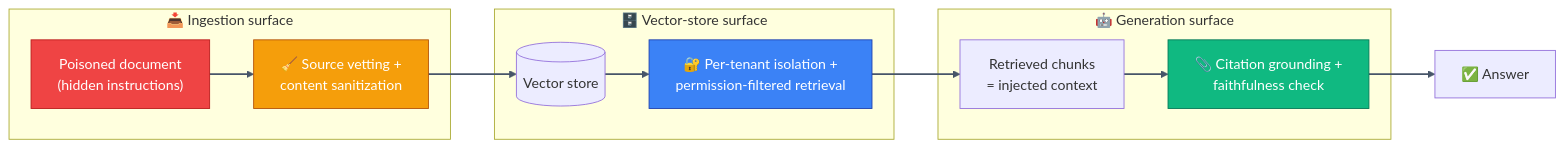
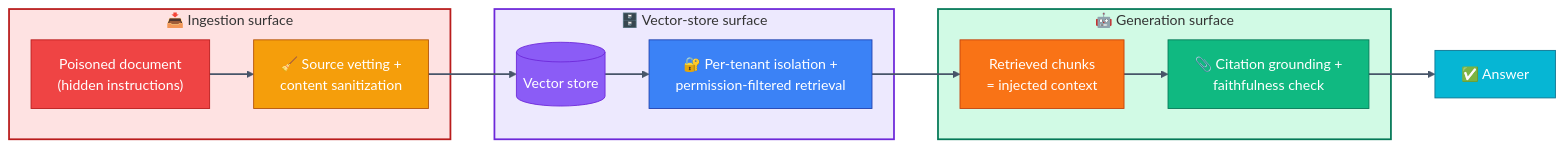
One commit to mrsachindixit/agentixit changed diagram 21 of 25 in README.md. Above: the diagram before and after it, drawn with Mermaid. The commit also changed other lines of this file and 27 other files, not shown here.

Commit message:
updated diagrams

````diff
--- a/README.md
+++ b/README.md
@@ -1518,21 +1244,27 @@
 ```mermaid
 graph LR
     subgraph ING["📥 Ingestion surface"]
         DOC["Poisoned document\n(hidden instructions)"] --> SAN["🧹 Source vetting +\ncontent sanitization"]
     end
     subgraph VS["🗄️ Vector-store surface"]
         SAN --> DB[("Vector store")]
         DB --> ACL["🔐 Per-tenant isolation +\npermission-filtered retrieval"]
     end
     subgraph GEN["🤖 Generation surface"]
         ACL --> CTX["Retrieved chunks\n= injected context"]
         CTX --> CITE["📎 Citation grounding +\nfaithfulness check"]
     end
     CITE --> ANS["✅ Answer"]
 
+    style DB fill:#8B5CF6,stroke:#6D28D9,color:#fff
+    style CTX fill:#F97316,stroke:#C2410C,color:#fff
+    style ANS fill:#06B6D4,stroke:#0E7490,color:#fff
+    style ING fill:#FEE2E2,stroke:#B91C1C,stroke-width:2px
+    style VS fill:#EDE9FE,stroke:#6D28D9,stroke-width:2px
+    style GEN fill:#D1FAE5,stroke:#047857,stroke-width:2px
     style DOC fill:#EF4444,stroke:#B91C1C,color:#fff
     style SAN fill:#F59E0B,stroke:#B45309,color:#fff
     style ACL fill:#3B82F6,stroke:#1E40AF,color:#fff
     style CITE fill:#10B981,stroke:#047857,color:#fff
     linkStyle default stroke:#475569,stroke-width:2px
 ```
````
